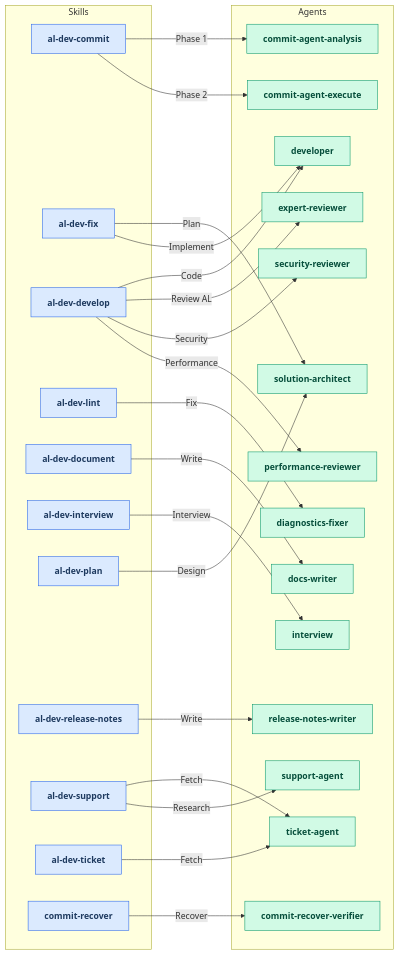
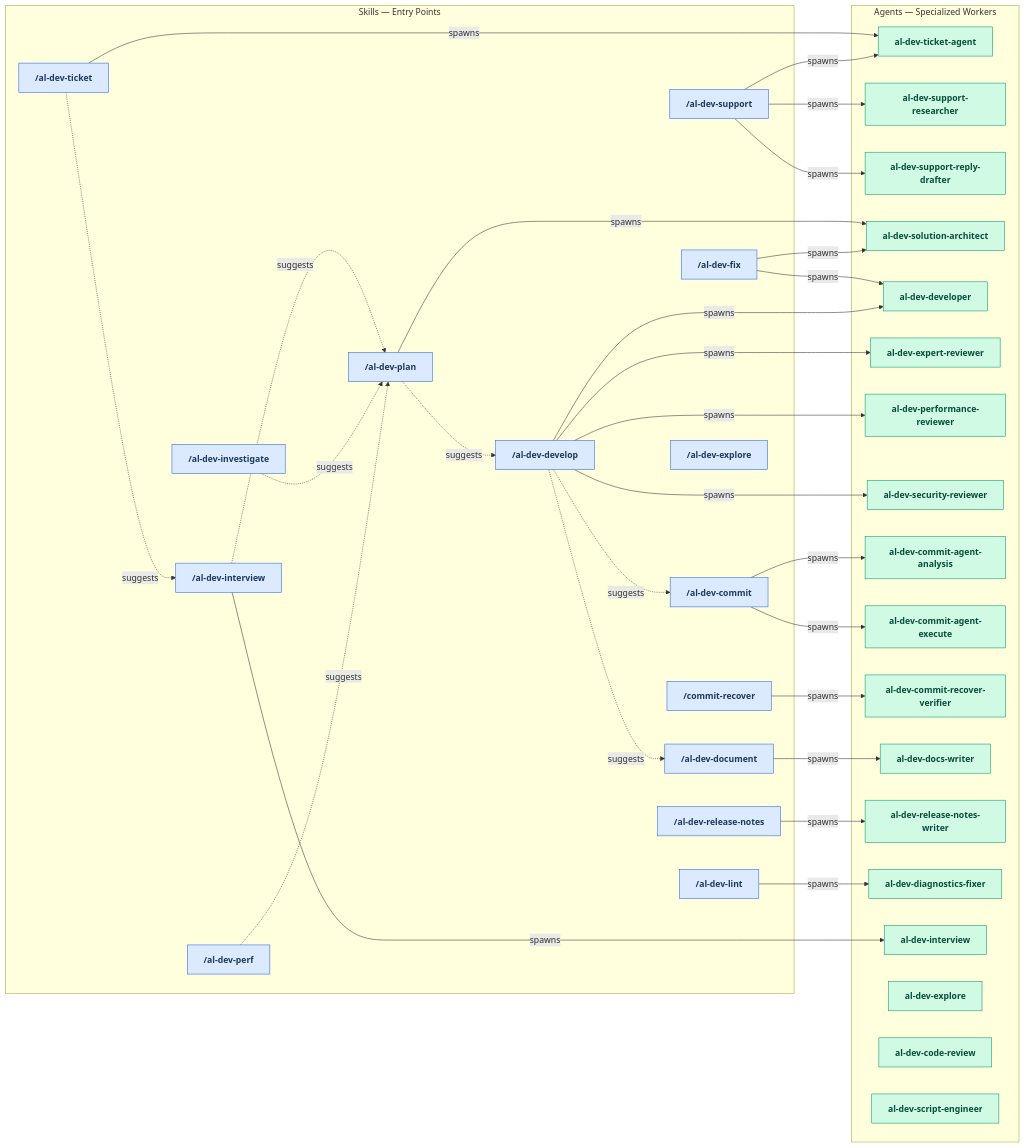
Before and after one commit to russell-laing/al-dev-shared: the first of 2 diagrams in docs/al-dev-workflow-diagrams.md, drawn with Mermaid. The commit also changed other lines of this file, not shown here.

Commit message:
docs: update workflow diagrams to reflect new skills and agents architecture

````diff
--- a/docs/al-dev-workflow-diagrams.md
+++ b/docs/al-dev-workflow-diagrams.md
@@ -16,55 +14,104 @@
     classDef skillNode fill:#dbeafe,stroke:#2563eb,color:#1e3a5f,font-weight:bold
     classDef agentNode fill:#d1fae5,stroke:#059669,color:#064e3b,font-weight:bold
 
-    subgraph Skills["Skills"]
-        al_dev_commit["al-dev-commit"]
-        al_dev_fix["al-dev-fix"]
-        al_dev_develop["al-dev-develop"]
-        al_dev_lint["al-dev-lint"]
-        al_dev_document["al-dev-document"]
-        al_dev_interview["al-dev-interview"]
-        al_dev_plan["al-dev-plan"]
-        al_dev_release_notes["al-dev-release-notes"]
-        al_dev_support["al-dev-support"]
-        al_dev_ticket["al-dev-ticket"]
-        commit_recover["commit-recover"]
+    subgraph Skills[Skills — Entry Points]
+        al_dev_ticket["/al-dev-ticket"]
+        al_dev_support["/al-dev-support"]
+        al_dev_investigate["/al-dev-investigate"]
+        al_dev_interview["/al-dev-interview"]
+        al_dev_plan["/al-dev-plan"]
+        al_dev_fix["/al-dev-fix"]
+        al_dev_develop["/al-dev-develop"]
+        al_dev_commit["/al-dev-commit"]
+        al_dev_document["/al-dev-document"]
+        al_dev_release_notes["/al-dev-release-notes"]
+        commit_recover["/commit-recover"]
+        al_dev_lint["/al-dev-lint"]
+        al_dev_explore["/al-dev-explore"]
+        al_dev_perf["/al-dev-perf"]
     end
 
-    subgraph Agents["Agents"]
-        al_dev_commit_agent_analysis["commit-agent-analysis"]
-        al_dev_commit_agent_execute["commit-agent-execute"]
-        al_dev_developer["developer"]
-        al_dev_diagnostics_fixer["diagnostics-fixer"]
-        al_dev_docs_writer["docs-writer"]
-        al_dev_expert_reviewer["expert-reviewer"]
-        al_dev_interview_agent["interview"]
-        al_dev_performance_reviewer["performance-reviewer"]
-        al_dev_release_notes_writer["release-notes-writer"]
-        al_dev_security_reviewer["security-reviewer"]
-        al_dev_solution_architect["solution-architect"]
-        al_dev_support_agent["support-agent"]
-        al_dev_ticket_agent["ticket-agent"]
-        al_dev_commit_recover_verifier["commit-recover-verifier"]
+    subgraph Agents[Agents — Specialized Workers]
+        ticket_agent["al-dev-ticket-agent"]
+        support_researcher["al-dev-support-researcher"]
+        support_reply_drafter["al-dev-support-reply-drafter"]
+        solution_architect["al-dev-solution-architect"]
+        developer["al-dev-developer"]
+        expert_reviewer["al-dev-expert-reviewer"]
+        perf_reviewer["al-dev-performance-reviewer"]
+        security_reviewer["al-dev-security-reviewer"]
+        commit_analysis["al-dev-commit-agent-analysis"]
+        commit_execute["al-dev-commit-agent-execute"]
+        commit_recover_verifier["al-dev-commit-recover-verifier"]
+        docs_writer["al-dev-docs-writer"]
+        release_notes_writer["al-dev-release-notes-writer"]
+        diagnostics_fixer["al-dev-diagnostics-fixer"]
+        interview["al-dev-interview"]
+        explore["al-dev-explore"]
+        code_review["al-dev-code-review"]
+        script_engineer["al-dev-script-engineer"]
     end
 
-    al_dev_commit -->|Phase 1| al_dev_commit_agent_analysis
-    al_dev_commit -->|Phase 2| al_dev_commit_agent_execute
-    al_dev_fix -->|Plan| al_dev_solution_architect
-    al_dev_fix -->|Implement| al_dev_developer
-    al_dev_develop -->|Code| al_dev_developer
-    al_dev_develop -->|Review AL| al_dev_expert_reviewer
-    al_dev_develop -->|Security| al_dev_security_reviewer
-    al_dev_develop -->|Performance| al_dev_performance_reviewer
-    al_dev_lint -->|Fix| al_dev_diagnostics_fixer
-    al_dev_document -->|Write| al_dev_docs_writer
-    al_dev_interview -->|Interview| al_dev_interview_agent
-    al_dev_plan -->|Design| al_dev_solution_architect
-    al_dev_release_notes -->|Write| al_dev_release_notes_writer
-    al_dev_support -->|Fetch| al_dev_ticket_agent
-    al_dev_support -->|Research| al_dev_support_agent
-    al_dev_ticket -->|Fetch| al_dev_ticket_agent
-    commit_recover -->|Recover| al_dev_commit_recover_verifier
+    %% Skill → Agent spawns
+    al_dev_ticket -->|spawns| ticket_agent
+    al_dev_support -->|spawns| ticket_agent
+    al_dev_support -->|spawns| support_researcher
+    al_dev_support -->|spawns| support_reply_drafter
+    al_dev_plan -->|spawns| solution_architect
+    al_dev_fix -->|spawns| solution_architect
+    al_dev_fix -->|spawns| developer
+    al_dev_develop -->|spawns| developer
+    al_dev_develop -->|spawns| expert_reviewer
+    al_dev_develop -->|spawns| perf_reviewer
+    al_dev_develop -->|spawns| security_reviewer
+    al_dev_commit -->|spawns| commit_analysis
+    al_dev_commit -->|spawns| commit_execute
+    commit_recover -->|spawns| commit_recover_verifier
+    al_dev_document -->|spawns| docs_writer
+    al_dev_release_notes -->|spawns| release_notes_writer
+    al_dev_lint -->|spawns| diagnostics_fixer
+    al_dev_interview -->|spawns| interview
 
-    class al_dev_commit,al_dev_fix,al_dev_develop,al_dev_lint,al_dev_document,al_dev_interview,al_dev_plan,al_dev_release_notes,al_dev_support,al_dev_ticket,commit_recover skillNode
-    class al_dev_commit_agent_analysis,al_dev_commit_agent_execute,al_dev_developer,al_dev_diagnostics_fixer,al_dev_docs_writer,al_dev_expert_reviewer,al_dev_interview_agent,al_dev_performance_reviewer,al_dev_release_notes_writer,al_dev_security_reviewer,al_dev_solution_architect,al_dev_support_agent,al_dev_ticket_agent,al_dev_commit_recover_verifier agentNode
+    %% Skill → Skill flow (user guidance)
+    al_dev_ticket -.->|suggests| al_dev_interview
+    al_dev_interview -.->|suggests| al_dev_plan
+    al_dev_investigate -.->|suggests| al_dev_plan
+    al_dev_plan -.->|suggests| al_dev_develop
+    al_dev_develop -.->|suggests| al_dev_commit
+    al_dev_develop -.->|suggests| al_dev_document
+    al_dev_perf -.->|suggests| al_dev_plan
+
+    class al_dev_ticket skillNode
+    class al_dev_support skillNode
+    class al_dev_investigate skillNode
+    class al_dev_interview skillNode
+    class al_dev_plan skillNode
+    class al_dev_fix skillNode
+    class al_dev_develop skillNode
+    class al_dev_commit skillNode
+    class al_dev_document skillNode
+    class al_dev_release_notes skillNode
+    class commit_recover skillNode
+    class al_dev_lint skillNode
+    class al_dev_explore skillNode
+    class al_dev_perf skillNode
+
+    class ticket_agent agentNode
+    class support_researcher agentNode
+    class support_reply_drafter agentNode
+    class solution_architect agentNode
+    class developer agentNode
+    class expert_reviewer agentNode
+    class perf_reviewer agentNode
+    class security_reviewer agentNode
+    class commit_analysis agentNode
+    class commit_execute agentNode
+    class commit_recover_verifier agentNode
+    class docs_writer agentNode
+    class release_notes_writer agentNode
+    class diagnostics_fixer agentNode
+    class interview agentNode
+    class explore agentNode
+    class code_review agentNode
+    class script_engineer agentNode
 ```
````
